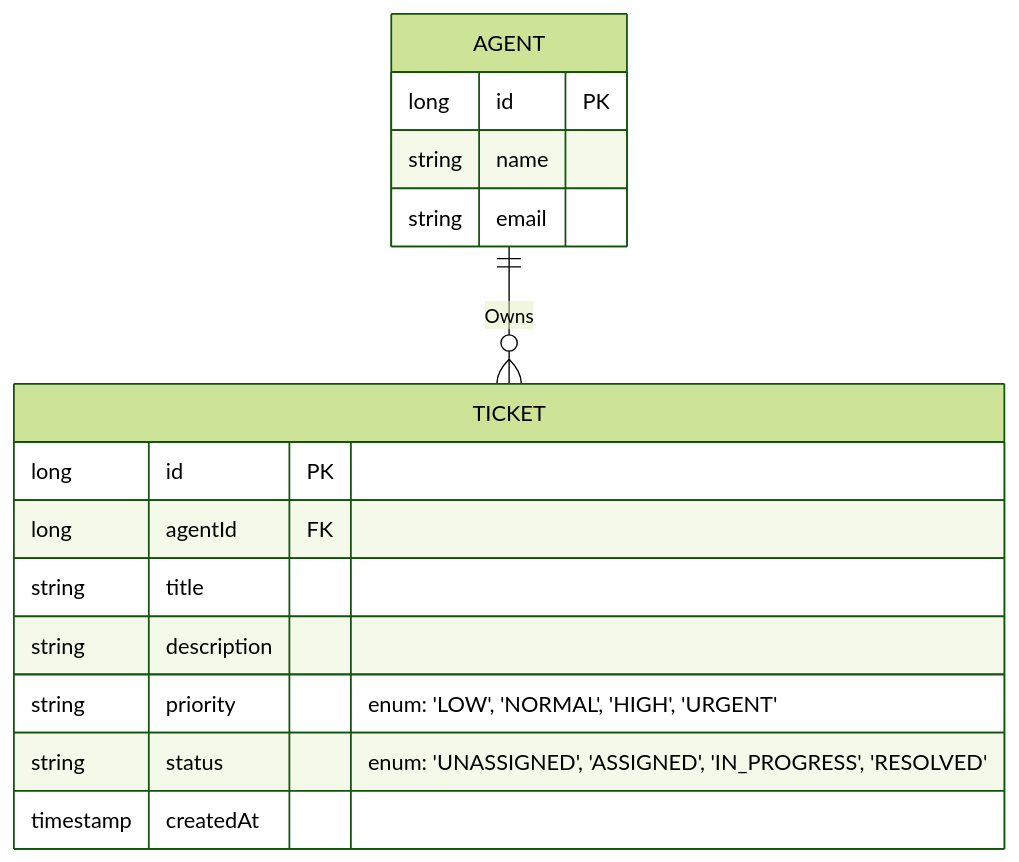
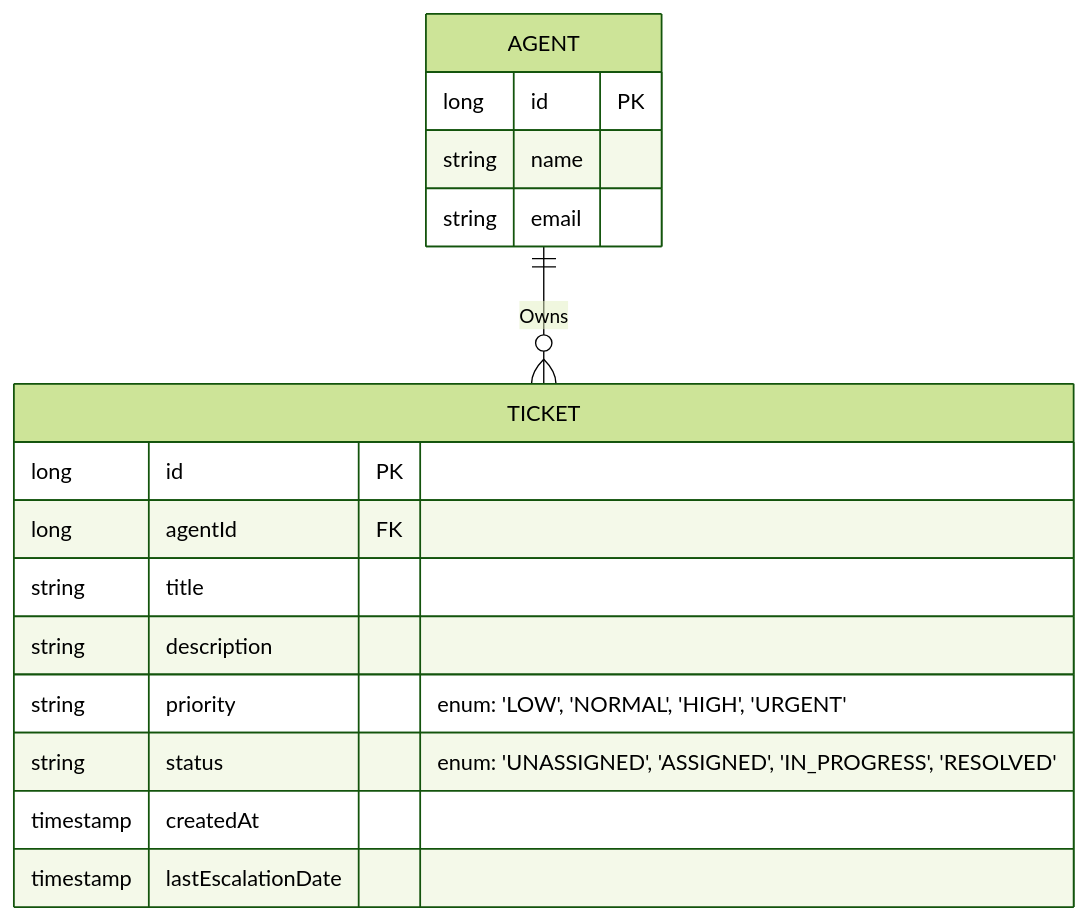
The diagram in docs/design.md (astontech/mentee-hackathon-help-desk), drawn with Mermaid (forest theme) before and after one commit.

Commit message:
update the design doc erd to include field for last escalation date

````diff
--- a/docs/design.md
+++ b/docs/design.md
@@ -68,18 +68,19 @@
 ```mermaid
 erDiagram
     AGENT || --o{ TICKET : Owns
     AGENT {
         long id PK
         string name 
         string email
     }
     TICKET {
         long id PK
         long agentId FK
         string title
         string description
         string priority "enum: 'LOW', 'NORMAL', 'HIGH', 'URGENT'"
         string status "enum: 'UNASSIGNED', 'ASSIGNED', 'IN_PROGRESS', 'RESOLVED'"
         timestamp createdAt
+        timestamp lastEscalationDate
     }
 ```
````
